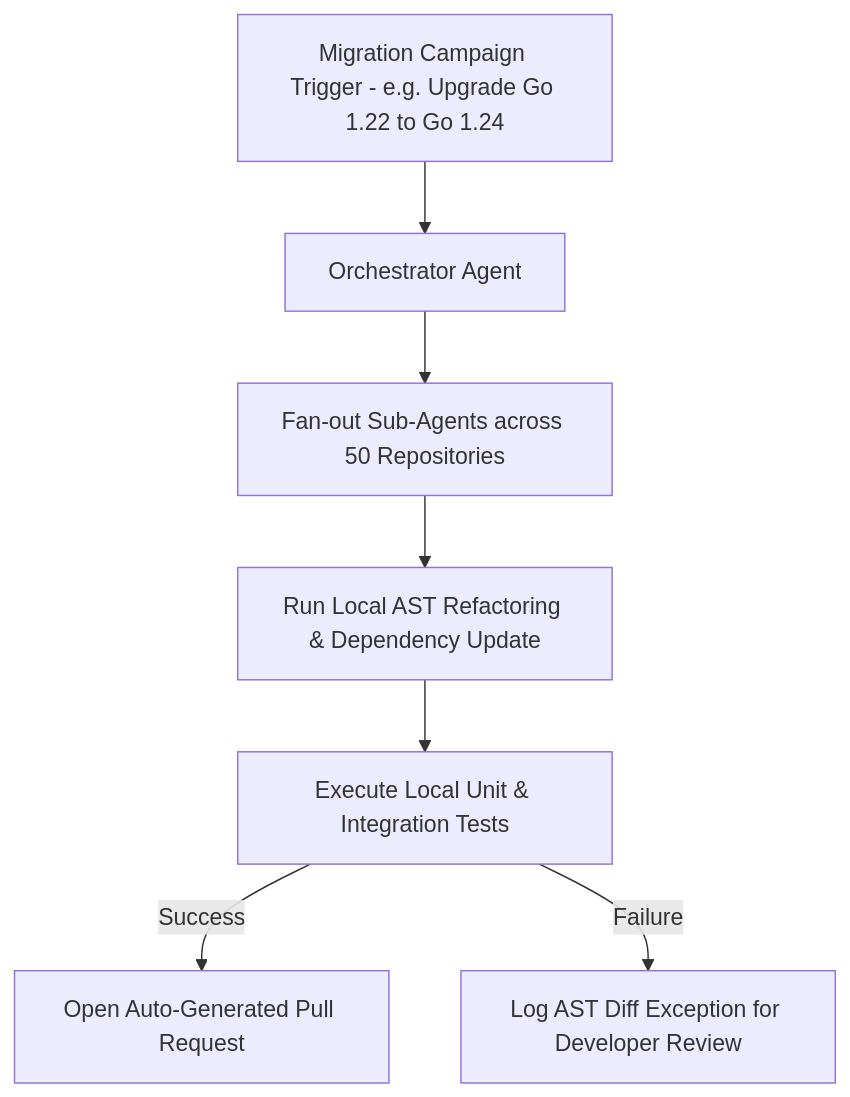
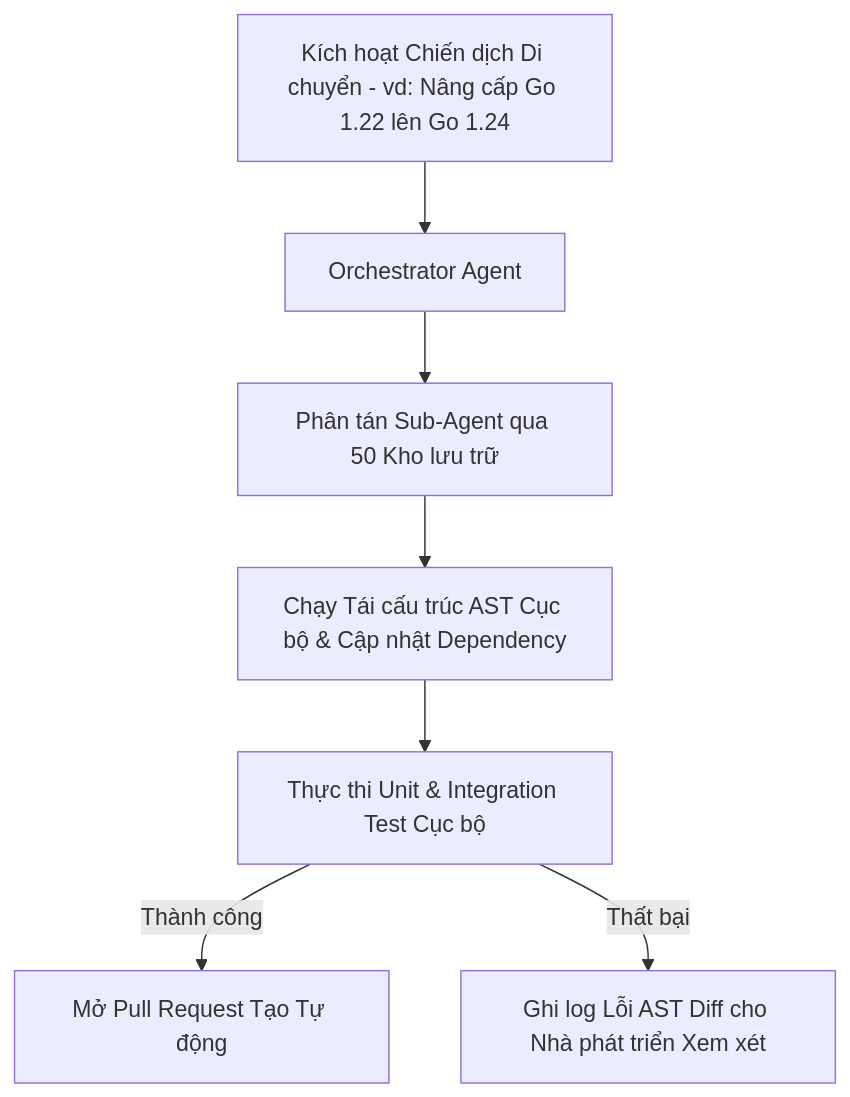
One commit to vesviet/vesviet changed the fourth of 4 diagrams in content/series/ai-driven-playbook/part-3b-ai-automation-internal-ops.md. Above: the diagram before and after it, drawn with Mermaid. The commit also changed other lines of this file and 96 other files, not shown here.

````diff
--- a/content/series/ai-driven-playbook/part-3b-ai-automation-internal-ops.md
+++ b/content/series/ai-driven-playbook/part-3b-ai-automation-internal-ops.md
@@ -225,9 +236,9 @@
 ```mermaid
-graph TD
-    A["Migration Campaign Trigger - e.g. Upgrade Go 1.22 to Go 1.24"] --> B["Orchestrator Agent"]
-    B --> C["Fan-out Sub-Agents across 50 Repositories"]
-    C --> D["Run Local AST Refactoring & Dependency Update"]
-    D --> E["Execute Local Unit & Integration Tests"]
-    E -->|"Success"| F["Open Auto-Generated Pull Request"]
-    E -->|"Failure"| G["Log AST Diff Exception for Developer Review"]
+flowchart TD
+    A["Kích hoạt Chiến dịch Di chuyển - vd: Nâng cấp Go 1.22 lên Go 1.24"] --> B["Orchestrator Agent"]
+    B --> C["Phân tán Sub-Agent qua 50 Kho lưu trữ"]
+    C --> D["Chạy Tái cấu trúc AST Cục bộ & Cập nhật Dependency"]
+    D --> E["Thực thi Unit & Integration Test Cục bộ"]
+    E -->|Thành công| F["Mở Pull Request Tạo Tự động"]
+    E -->|Thất bại| G["Ghi log Lỗi AST Diff cho Nhà phát triển Xem xét"]
 ```
````
